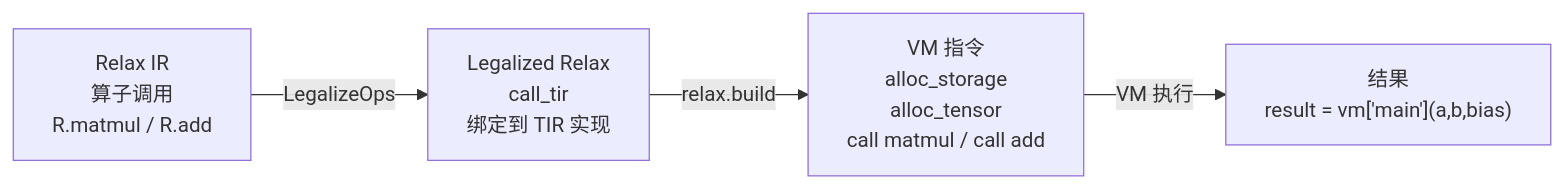
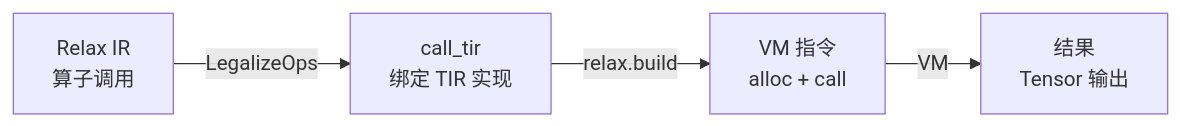
Before and after one commit to LudovicoYIN/blog: the second of 2 diagrams in src/content/posts/tvm-compilation-pipeline.md, drawn with Mermaid. The commit also changed other lines of this file and 1 other file, not shown here.

First line of the commit message:
fix: compact mermaid diagrams + base theme + responsive CSS

````diff
--- a/src/content/posts/tvm-compilation-pipeline.md
+++ b/src/content/posts/tvm-compilation-pipeline.md
@@ -189,7 +190,6 @@
 ```mermaid
 flowchart LR
-    A["Relax IR<br/>算子调用<br/>R.matmul / R.add"]
-    -->|"LegalizeOps"| B["Legalized Relax<br/>call_tir<br/>绑定到 TIR 实现"]
-    -->|"relax.build"| C["VM 指令<br/>alloc_storage<br/>alloc_tensor<br/>call matmul / call add"]
-    -->|"VM 执行"| D["结果<br/>result = vm['main'](a,b,bias)"]
+    A["Relax IR<br/>算子调用"] -->|"LegalizeOps"| B["call_tir<br/>绑定 TIR 实现"]
+    B -->|"relax.build"| C["VM 指令<br/>alloc + call"]
+    C -->|"VM"| D["结果<br/>Tensor 输出"]
 ```
````
